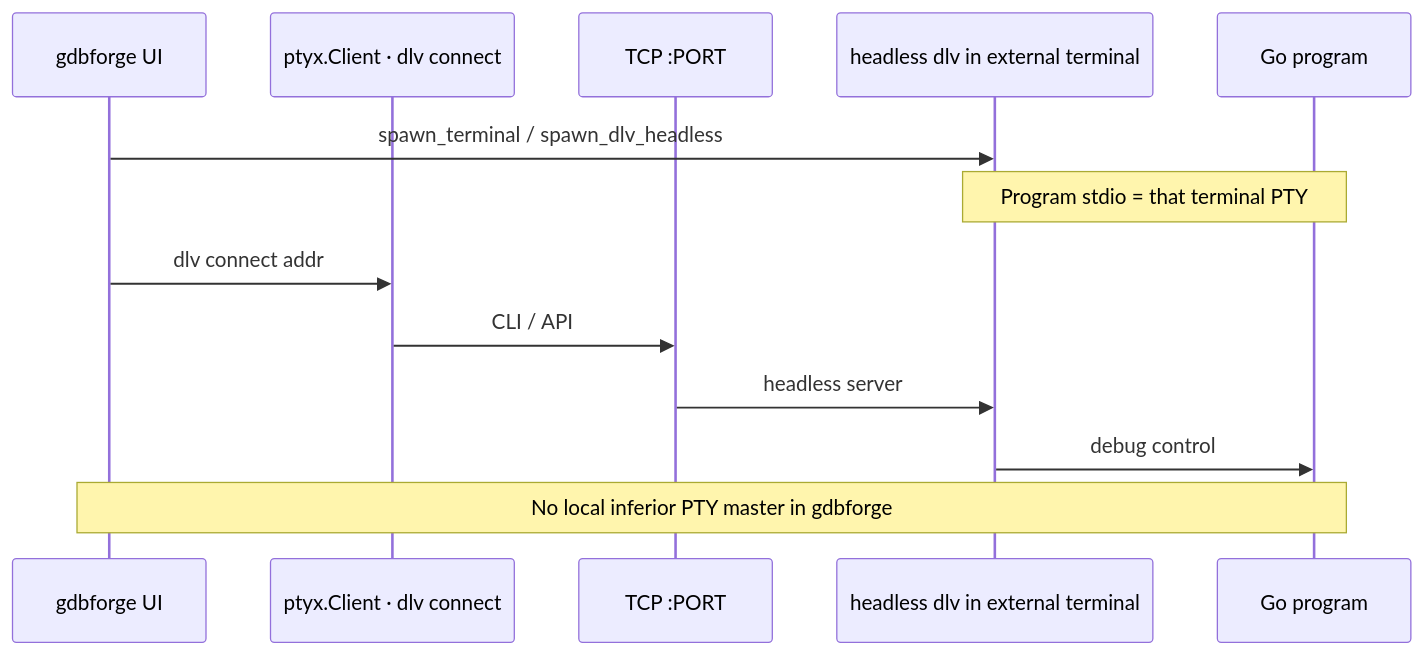
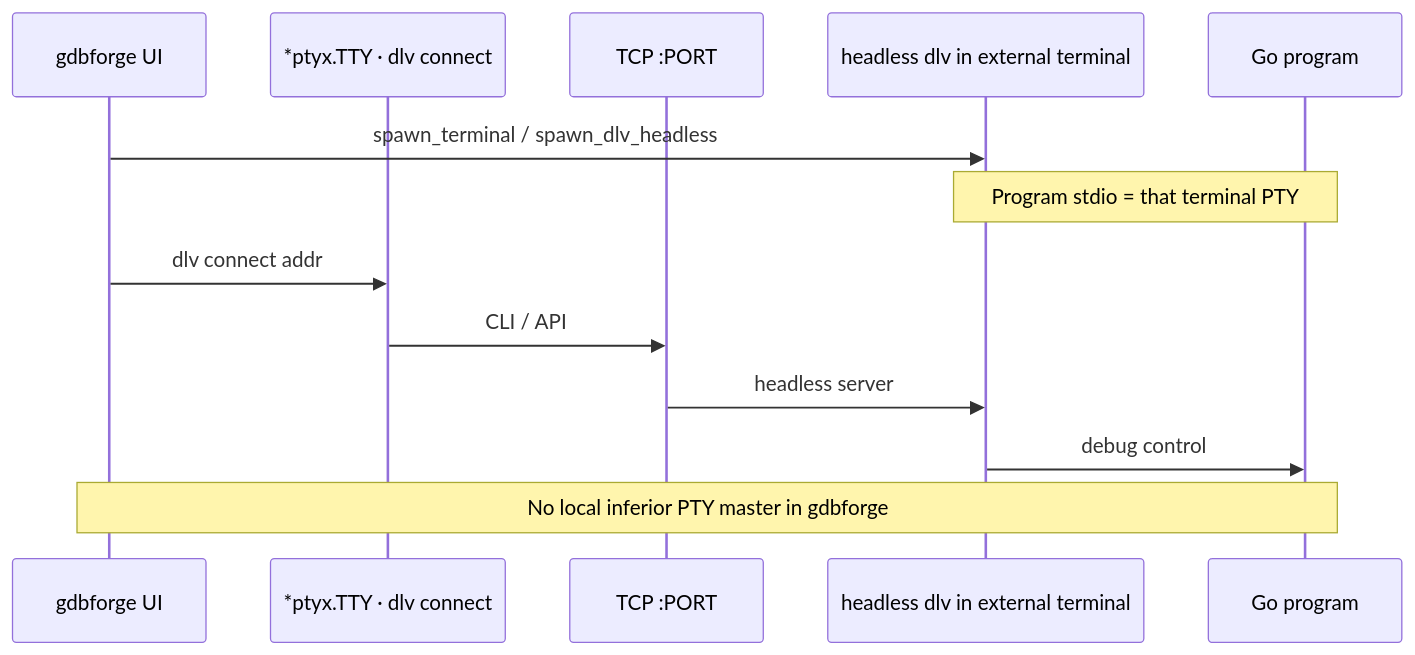
One commit to yairgd/gdbforge changed the fifth of 5 diagrams in docs/PTY_ARCHITECTURE.md. Above: the diagram before and after it, drawn with Mermaid. The commit also changed other lines of this file and 243 other files, not shown here.

````diff
--- a/docs/PTY_ARCHITECTURE.md
+++ b/docs/PTY_ARCHITECTURE.md
@@ -250,16 +310,16 @@
 ```mermaid
 sequenceDiagram
   participant UI as gdbforge UI
-  participant Conn as ptyx.Client · dlv connect
+  participant Conn as *ptyx.TTY · dlv connect
   participant TCP as TCP :PORT
   participant HDLV as headless dlv in external terminal
   participant Prog as Go program
 
   UI->>HDLV: spawn_terminal / spawn_dlv_headless
   Note over HDLV,Prog: Program stdio = that terminal PTY
   UI->>Conn: dlv connect addr
   Conn->>TCP: CLI / API
   TCP->>HDLV: headless server
   HDLV->>Prog: debug control
   Note over UI,Prog: No local inferior PTY master in gdbforge
 ```
````
